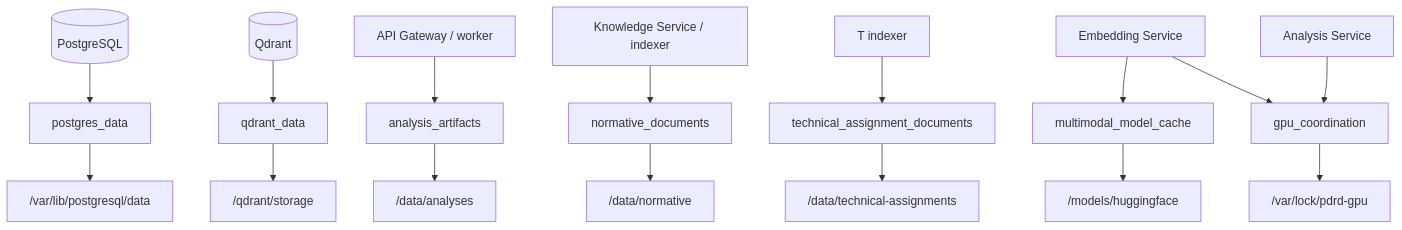
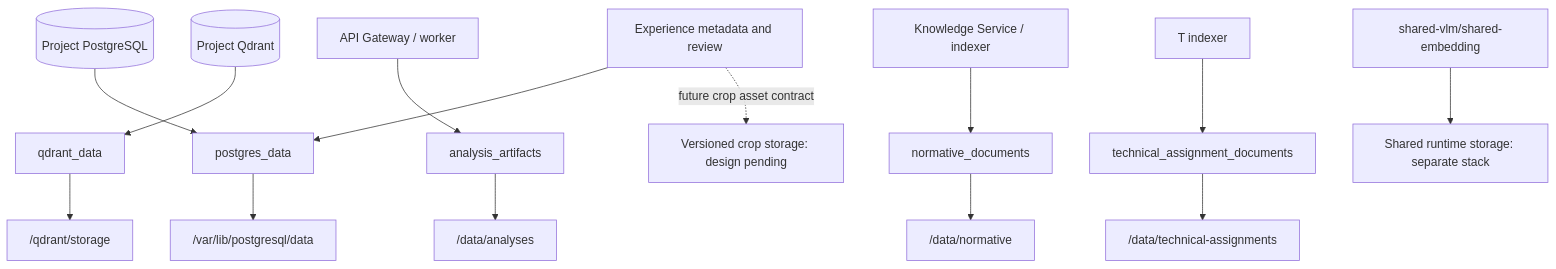
The ninth of 15 diagrams in README.md (Amadu-A/PDRD-validation), drawn with Mermaid before and after one commit. The commit also changed other lines of this file and 1 other file, not shown here.

````diff
--- a/README.md
+++ b/README.md
@@ -584,19 +525,16 @@
 ```mermaid
 flowchart TD
-    PG[("PostgreSQL")] --> PGV["postgres_data"]
-    QD[("Qdrant")] --> QDV["qdrant_data"]
+    PG[("Project PostgreSQL")] --> PGV["postgres_data"]
+    QD[("Project Qdrant")] --> QDV["qdrant_data"]
     GW["API Gateway / worker"] --> AV["analysis_artifacts"]
     KS["Knowledge Service / indexer"] --> NV["normative_documents"]
     TIDX["T indexer"] --> TV["technical_assignment_documents"]
-    EMB["Embedding Service"] --> MC["multimodal_model_cache"]
-    AS["Analysis Service"] --> GL["gpu_coordination"]
-    EMB --> GL
-
+    EX["Experience metadata and review"] --> PGV
+    EX -. "future crop asset contract" .-> CROP["Versioned crop storage: design pending"]
     PGV --> PGP["/var/lib/postgresql/data"]
     QDV --> QDP["/qdrant/storage"]
     AV --> AP["/data/analyses"]
     NV --> NP["/data/normative"]
     TV --> TP["/data/technical-assignments"]
-    MC --> MCP["/models/huggingface"]
-    GL --> GP["/var/lock/pdrd-gpu"]
+    VLM["shared-vlm/shared-embedding"] --> SHARED["Shared runtime storage: separate stack"]
 ```
````
